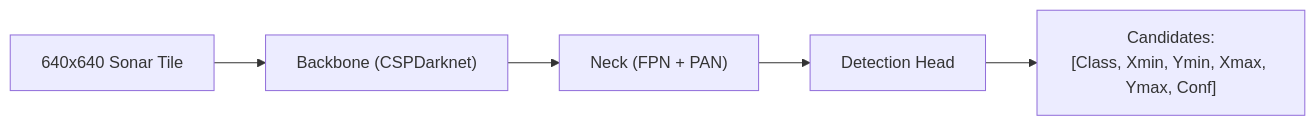
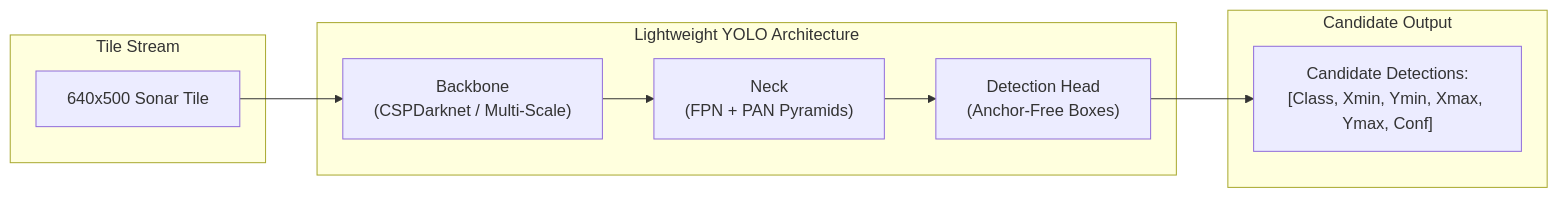
Before and after one commit to RaghavKacker/Aqua-Sentinel: the sixth of 11 diagrams in PROJECT_SPECIFICATION.md, drawn with Mermaid. The commit also changed other lines of this file, not shown here.

````diff
--- a/PROJECT_SPECIFICATION.md
+++ b/PROJECT_SPECIFICATION.md
@@ -473,7 +547,20 @@
 ```mermaid
 flowchart LR
-    TILE["640x640 Sonar Tile"] --> BB["Backbone (CSPDarknet)"]
-    BB --> NECK["Neck (FPN + PAN)"]
-    NECK --> HEAD["Detection Head"]
-    HEAD --> OUT["Candidates:<br/>[Class, Xmin, Ymin, Xmax, Ymax, Conf]"]
+    subgraph Preproc ["Tile Stream"]
+        T["640x500 Sonar Tile"]
+    end
+
+    subgraph Detector ["Lightweight YOLO Architecture"]
+        BB["Backbone<br/>(CSPDarknet / Multi-Scale)"]
+        PAN["Neck<br/>(FPN + PAN Pyramids)"]
+        HEAD["Detection Head<br/>(Anchor-Free Boxes)"]
+        BB --> PAN --> HEAD
+    end
+
+    subgraph Output ["Candidate Output"]
+        CAND["Candidate Detections:<br/>[Class, Xmin, Ymin, Xmax, Ymax, Conf]"]
+    end
+
+    T --> BB
+    HEAD --> CAND
 ```
````
